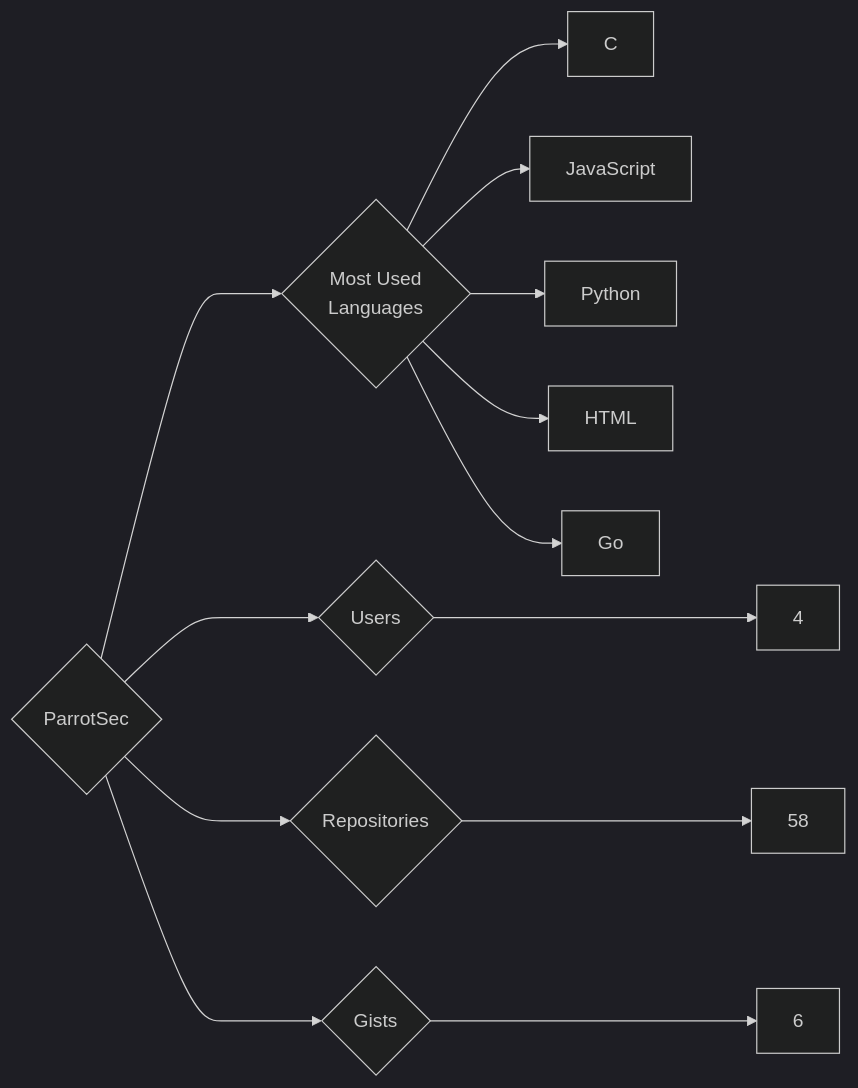
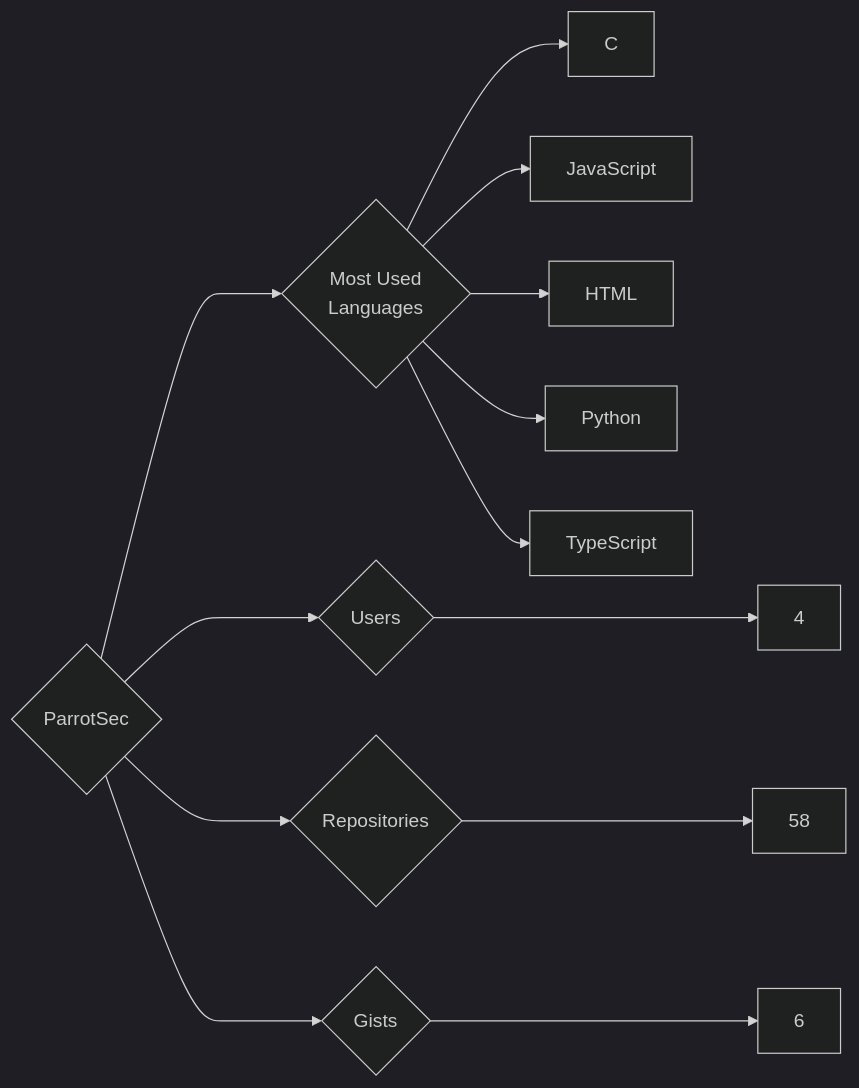
The diagram in targets/ParrotSec/README.md (trickest/insiders), drawn with Mermaid (dark theme) before and after one commit. The commit also changed 964 other files, not shown here.

````diff
--- a/targets/ParrotSec/README.md
+++ b/targets/ParrotSec/README.md
@@ -3,13 +3,13 @@
 ```mermaid
 graph LR
 COMPANY_NAME{ParrotSec}
 COMPANY_NAME ---> U{Users} ---> UN[4]
 COMPANY_NAME ---> R{Repositories} ---> RN[58]
 COMPANY_NAME ---> G{Gists} ---> GN[6]
 COMPANY_NAME ---> ML{Most Used<br>Languages}
 ML --> C[C]
 ML --> JavaScript[JavaScript]
+ML --> HTML[HTML]
 ML --> Python[Python]
-ML --> HTML[HTML]
-ML --> Go[Go]
+ML --> TypeScript[TypeScript]
 ```
````
